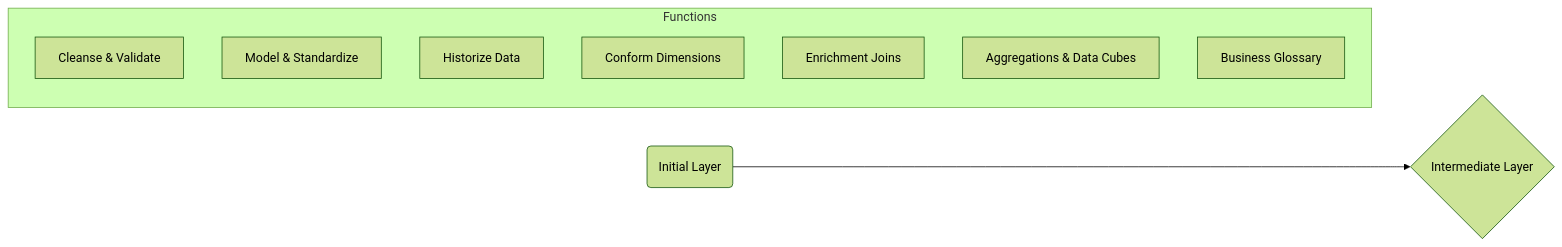
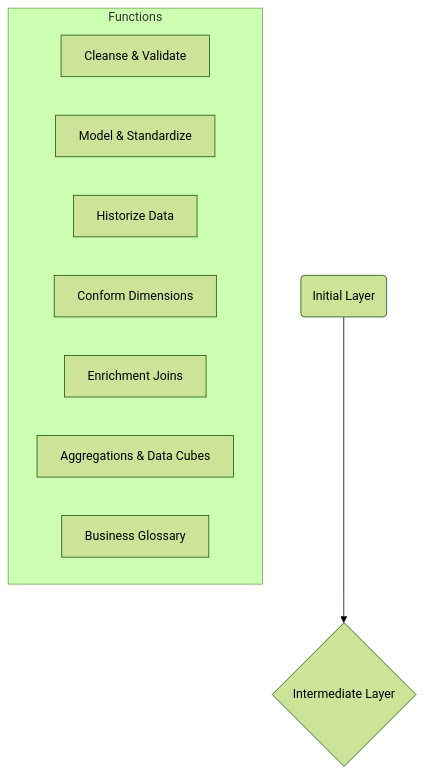
The seventh of 18 diagrams in readme.md (mgorav/MedallionArchitecture), drawn with Mermaid (forest theme) before and after one commit.

````diff
--- a/readme.md
+++ b/readme.md
@@ -182,13 +182,13 @@
 ```mermaid
-graph LR
+graph TD
 I(Initial Layer) --> C{Intermediate Layer}
 subgraph Functions  
 V[Cleanse & Validate]
 M[Model & Standardize]  
 H[Historize Data]
 D[Conform Dimensions]
 E[Enrichment Joins] 
 A[Aggregations & Data Cubes]
 G[Business Glossary]
 end
 ```
````
